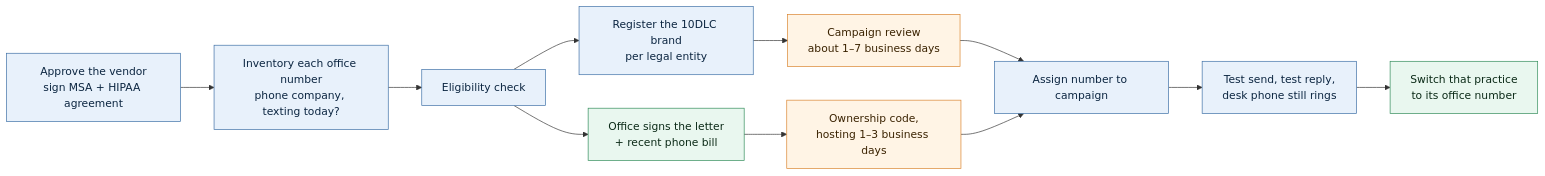
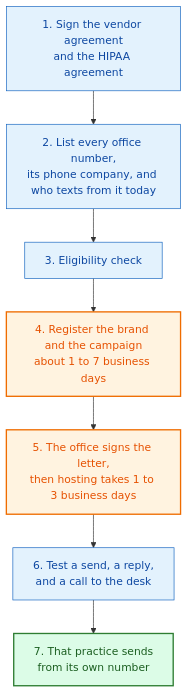
Before and after one commit to daava-hq/shared-docs: the fourth of 5 diagrams in docs/office-number-texting-report.md, drawn with Mermaid. The commit also changed other lines of this file and 1 other file, not shown here.

First line of the commit message:
Restructure the texting report so the setup work reads in place

````diff
--- a/docs/office-number-texting-report.md
+++ b/docs/office-number-texting-report.md
@@ -202,20 +188,17 @@
 ```mermaid
-flowchart LR
-  A["Approve the vendor<br/>sign MSA + HIPAA agreement"] --> B["Inventory each office number<br/>phone company, texting today?"]
-  B --> C["Eligibility check"]
-  C --> D["Register the 10DLC brand<br/>per legal entity"]
-  D --> E["Campaign review<br/>about 1–7 business days"]
-  C --> F["Office signs the letter<br/>+ recent phone bill"]
-  F --> G["Ownership code,<br/>hosting 1–3 business days"]
-  E --> H["Assign number to campaign"]
-  G --> H
-  H --> I["Test send, test reply,<br/>desk phone still rings"]
-  I --> J["Switch that practice<br/>to its office number"]
+flowchart TD
+  A["1. Sign the vendor agreement<br/>and the HIPAA agreement"] --> B["2. List every office number,<br/>its phone company, and who texts from it today"]
+  B --> C["3. Eligibility check"]
+  C --> D["4. Register the brand and the campaign<br/>about 1 to 7 business days"]
+  D --> E["5. The office signs the letter,<br/>then hosting takes 1 to 3 business days"]
+  E --> F["6. Test a send, a reply,<br/>and a call to the desk"]
+  F --> G["7. That practice sends<br/>from its own number"]
 
-  classDef us fill:#e8f1fb,stroke:#3b6ea5,color:#0b2540;
-  classDef wait fill:#fff4e5,stroke:#d9822b,color:#3a2200;
-  classDef office fill:#e9f7ef,stroke:#2e8b57,color:#0b2a17;
-  class A,B,C,D,H,I us;
-  class E,G wait;
-  class F,J office;
+  classDef actionNode fill:#e3f2fd,stroke:#1565c0,color:#0d47a1
+  classDef waitNode fill:#fff3e0,stroke:#ef6c00,stroke-width:2px,color:#e65100
+  classDef cleanNode fill:#dcfce7,stroke:#2e7d32,stroke-width:2px,color:#1b5e20
+
+  class A,B,C,F actionNode
+  class D,E waitNode
+  class G cleanNode
 ```
````
